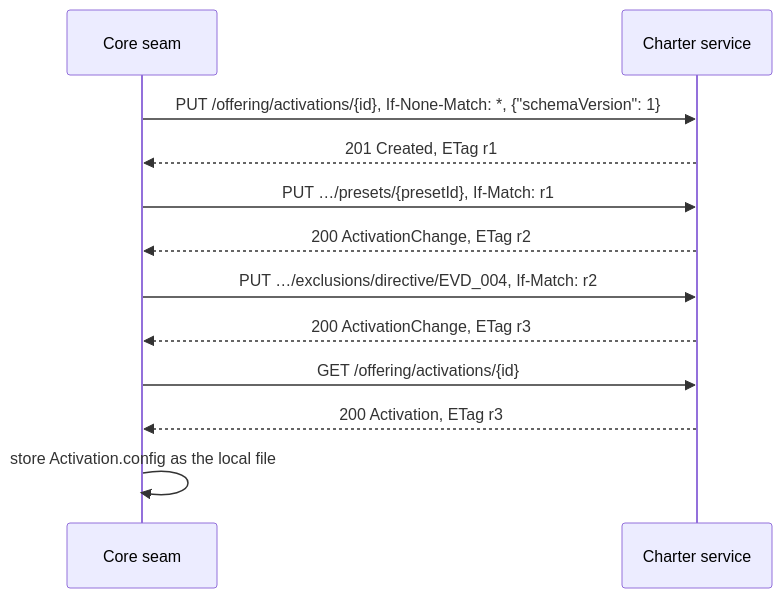
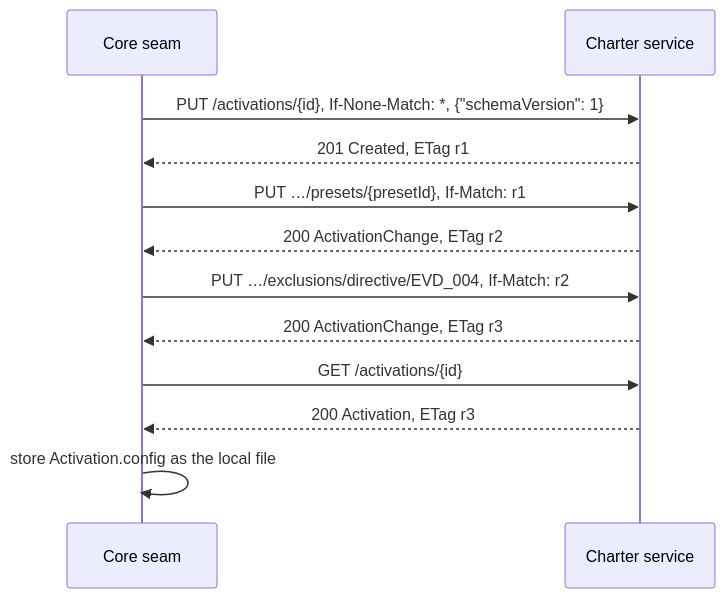
One commit to spec-kitty/spec-kitty-charter changed the second of 2 diagrams in docs/architecture/offering-and-activation.md. Above: the diagram before and after it, drawn with Mermaid. The commit also changed other lines of this file and 10 other files, not shown here.

````diff
--- a/docs/architecture/offering-and-activation.md
+++ b/docs/architecture/offering-and-activation.md
@@ -136,14 +144,14 @@
 ```mermaid
 sequenceDiagram
   participant Core as Core seam
   participant Svc as Charter service
-  Core->>Svc: PUT /offering/activations/{id}, If-None-Match: *, {"schemaVersion": 1}
+  Core->>Svc: PUT /activations/{id}, If-None-Match: *, {"schemaVersion": 1}
   Svc-->>Core: 201 Created, ETag r1
   Core->>Svc: PUT …/presets/{presetId}, If-Match: r1
   Svc-->>Core: 200 ActivationChange, ETag r2
   Core->>Svc: PUT …/exclusions/directive/EVD_004, If-Match: r2
   Svc-->>Core: 200 ActivationChange, ETag r3
-  Core->>Svc: GET /offering/activations/{id}
+  Core->>Svc: GET /activations/{id}
   Svc-->>Core: 200 Activation, ETag r3
   Core->>Core: store Activation.config as the local file
 ```
````
